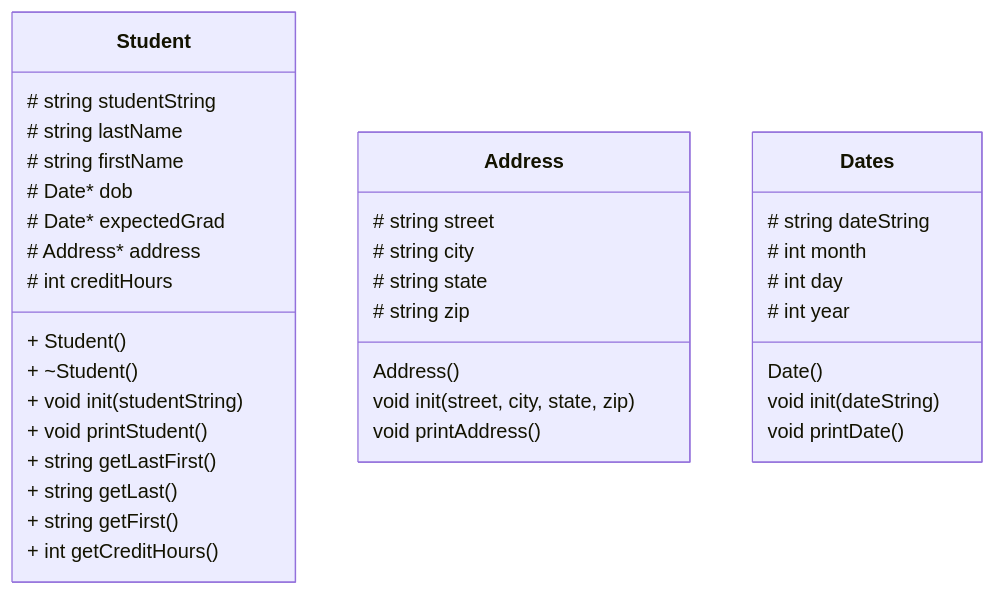
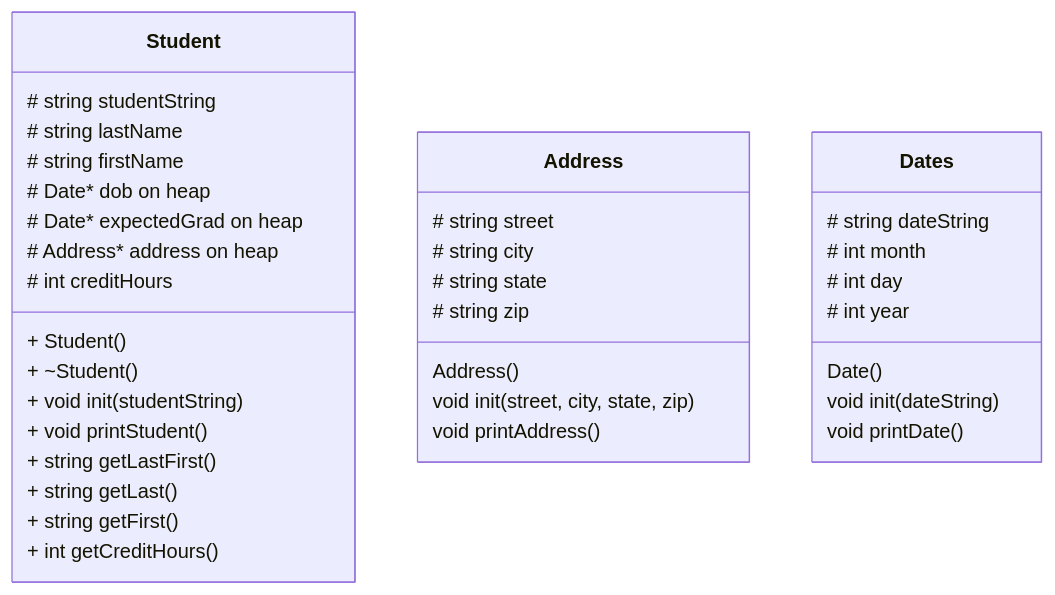
The diagram in README.md (EnderSlayer121/121Lab-StudentHeap), drawn with Mermaid before and after one commit. The commit also changed other lines of this file, not shown here.

````diff
--- a/README.md
+++ b/README.md
@@ -4,38 +4,38 @@
 ```mermaid
 classDiagram
     class Student{
         # string studentString
         # string lastName
         # string firstName
-        # Date* dob
-        # Date* expectedGrad
-        # Address* address
+        # Date* dob on heap
+        # Date* expectedGrad on heap
+        # Address* address on heap
         # int creditHours
         + Student()
         + ~Student()
         + void init(studentString)
         + void printStudent()
         + string getLastFirst()
         + string getLast()
         + string getFirst()
         + int getCreditHours()
     }
     class Address{
         # string street
         # string city
         # string state
         # string zip
         Address()
         void init(street, city, state, zip)
         void printAddress()
     }
     class Dates{
         # string dateString
         # int month
         # int day
         # int year
         Date()
         void init(dateString)
         void printDate()
     }
 ```
````
